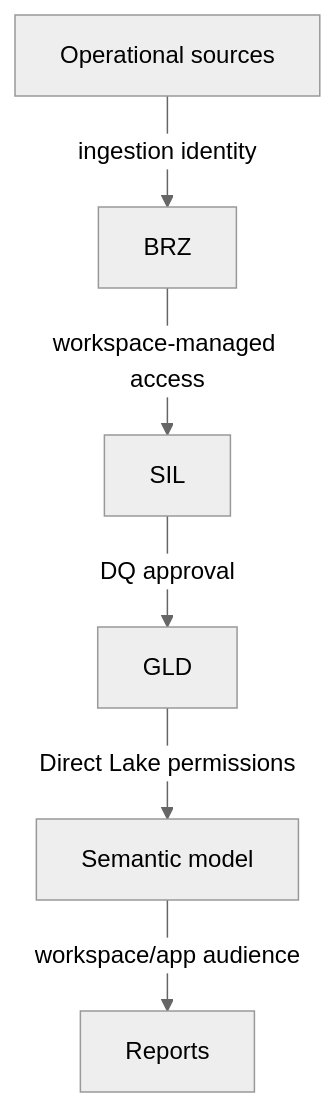
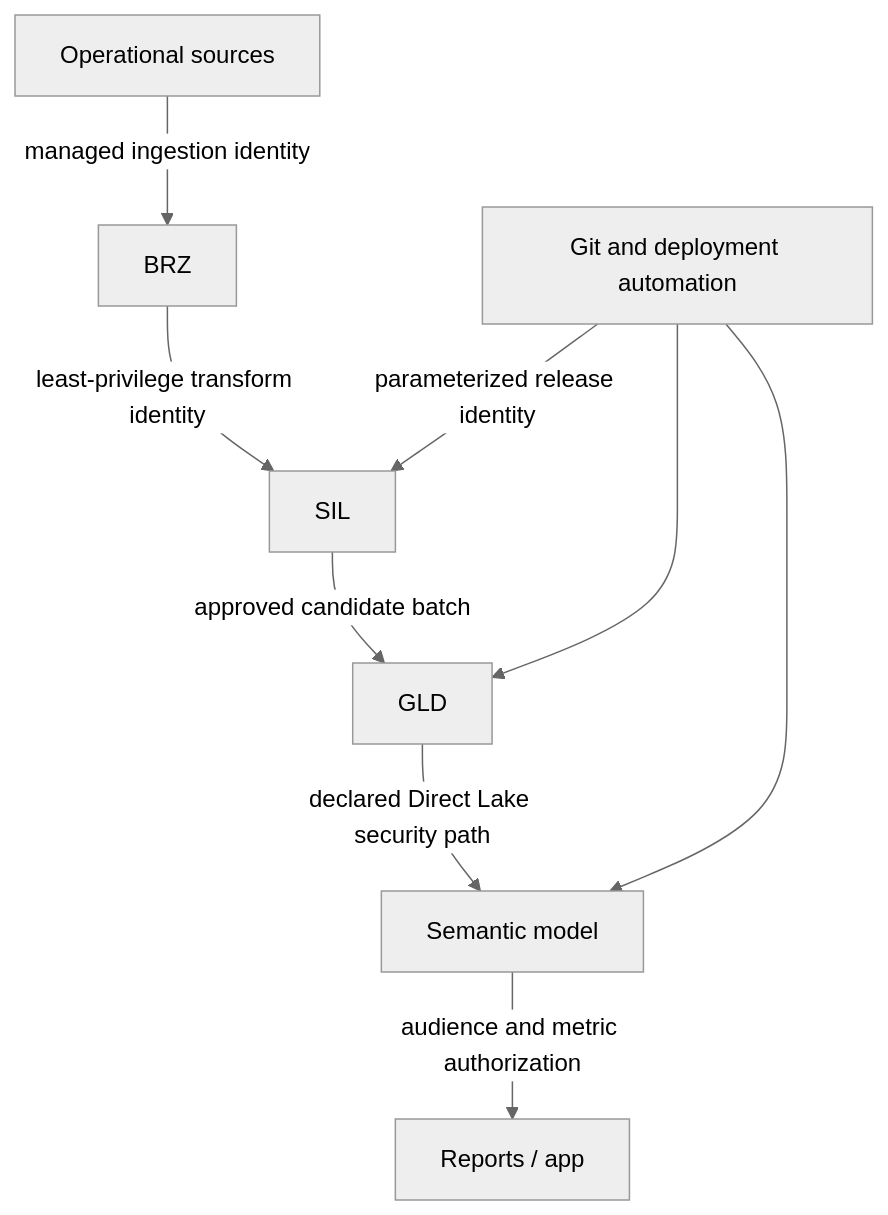
Before and after one commit to vothai17072002/fabric-medallion-supply-chain-platform: the second of 2 diagrams in docs/e2e-architecture.md, drawn with Mermaid (neutral theme). The commit also changed other lines of this file and 21 other files, not shown here.

Commit message:
feat: publish executable senior platform architecture

````diff
--- a/docs/e2e-architecture.md
+++ b/docs/e2e-architecture.md
@@ -59,8 +145,11 @@
 ```mermaid
 flowchart TB
-    A[Operational sources] -->|ingestion identity| B[BRZ]
-    B -->|workspace-managed access| C[SIL]
-    C -->|DQ approval| D[GLD]
-    D -->|Direct Lake permissions| E[Semantic model]
-    E -->|workspace/app audience| F[Reports]
+    A[Operational sources] -->|managed ingestion identity| B[BRZ]
+    B -->|least-privilege transform identity| C[SIL]
+    C -->|approved candidate batch| D[GLD]
+    D -->|declared Direct Lake security path| E[Semantic model]
+    E -->|audience and metric authorization| F[Reports / app]
+    P[Git and deployment automation] -->|parameterized release identity| C
+    P --> D
+    P --> E
 ```
````
